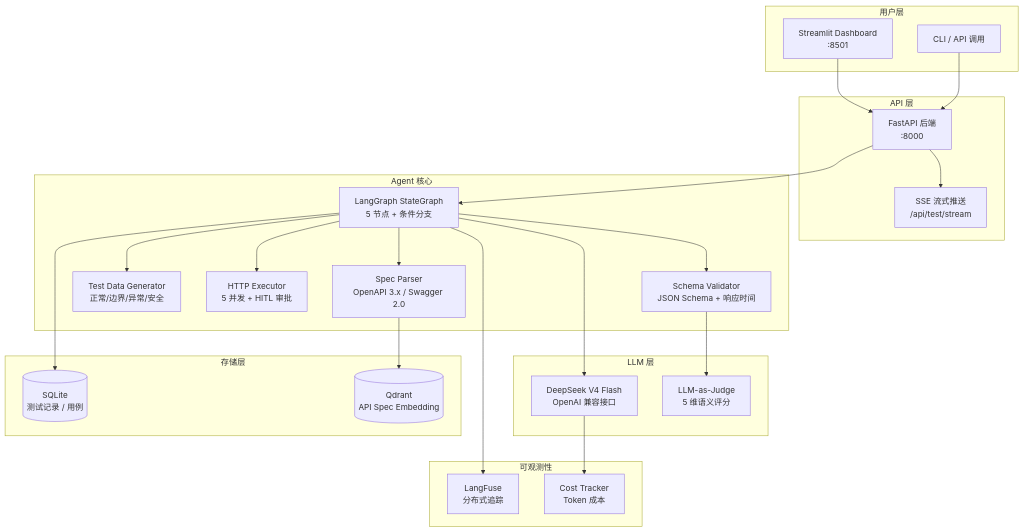
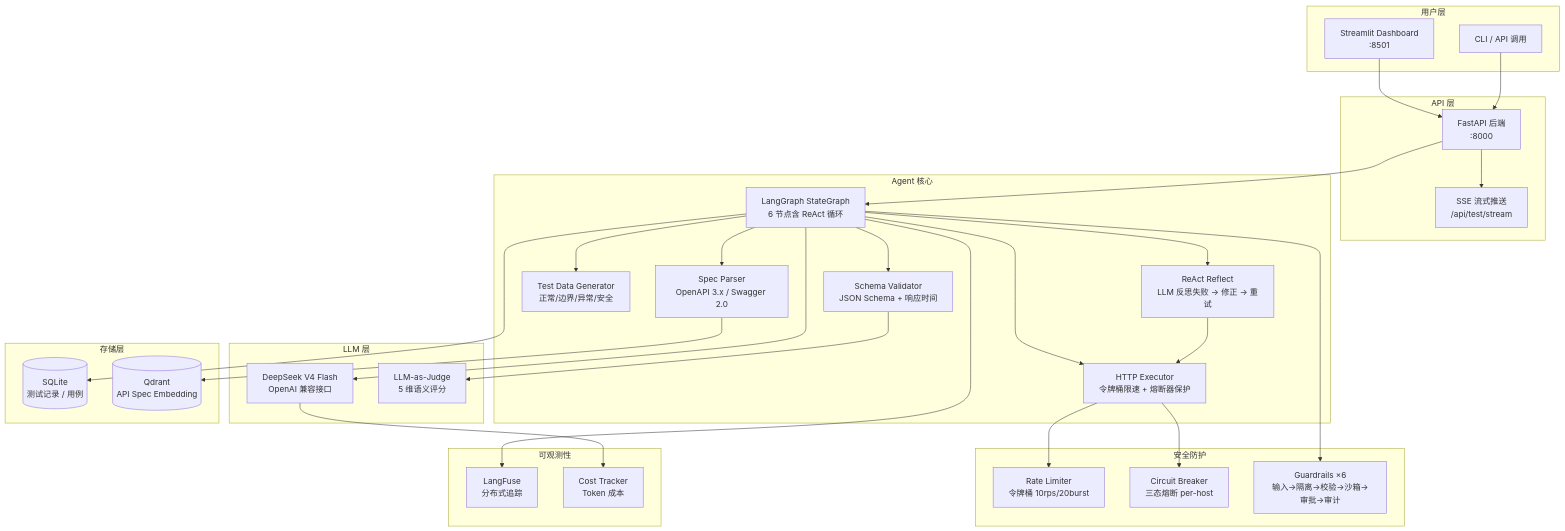
Before and after one commit to lumfei/test-agent: the first of 2 diagrams in README.md, drawn with Mermaid. The commit also changed other lines of this file and 20 other files, not shown here.

First line of the commit message:
feat: ReAct loop, Token Bucket, Circuit Breaker, 6-layer security, expanded payloads

````diff
--- a/README.md
+++ b/README.md
@@ -18,50 +30,62 @@
 ```mermaid
 graph TB
     subgraph 用户层
         UI[Streamlit Dashboard<br/>:8501]
         CLI[CLI / API 调用]
     end
 
     subgraph API 层
         FAST[FastAPI 后端<br/>:8000]
         SSE[SSE 流式推送<br/>/api/test/stream]
     end
 
     subgraph Agent 核心
-        GRAPH[LangGraph StateGraph<br/>5 节点 + 条件分支]
+        GRAPH[LangGraph StateGraph<br/>6 节点含 ReAct 循环]
         PARSER[Spec Parser<br/>OpenAPI 3.x / Swagger 2.0]
         GEN[Test Data Generator<br/>正常/边界/异常/安全]
-        EXEC[HTTP Executor<br/>5 并发 + HITL 审批]
+        EXEC[HTTP Executor<br/>令牌桶限速 + 熔断器保护]
         VAL[Schema Validator<br/>JSON Schema + 响应时间]
+        REFLECT[ReAct Reflect<br/>LLM 反思失败 → 修正 → 重试]
+    end
+
+    subgraph 安全防护
+        RL[Rate Limiter<br/>令牌桶 10rps/20burst]
+        CB[Circuit Breaker<br/>三态熔断 per-host]
+        GL[Guardrails ×6<br/>输入→隔离→校验→沙箱→审批→审计]
     end
 
     subgraph LLM 层
         DS[DeepSeek V4 Flash<br/>OpenAI 兼容接口]
         JUDGE[LLM-as-Judge<br/>5 维语义评分]
     end
 
     subgraph 存储层
         SQLITE[(SQLite<br/>测试记录 / 用例)]
         QDRANT[(Qdrant<br/>API Spec Embedding)]
     end
 
     subgraph 可观测性
         LF[LangFuse<br/>分布式追踪]
         COST[Cost Tracker<br/>Token 成本]
     end
 
     UI --> FAST
     CLI --> FAST
     FAST --> GRAPH
     FAST --> SSE
     GRAPH --> PARSER
     GRAPH --> GEN
     GRAPH --> EXEC
     GRAPH --> VAL
+    GRAPH --> REFLECT
     GRAPH --> DS
+    REFLECT --> EXEC
     VAL --> JUDGE
     GRAPH --> SQLITE
     PARSER --> QDRANT
+    EXEC --> RL
+    EXEC --> CB
+    GRAPH --> GL
     GRAPH --> LF
     DS --> COST
 ```
````
